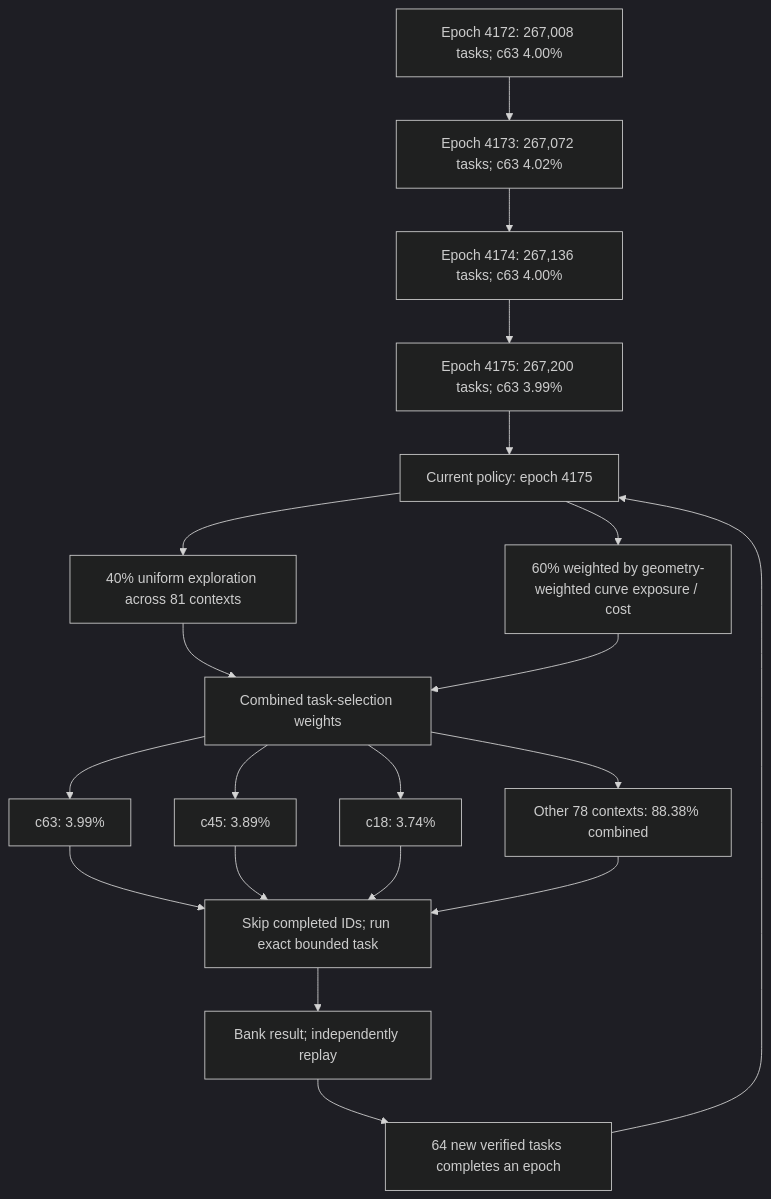
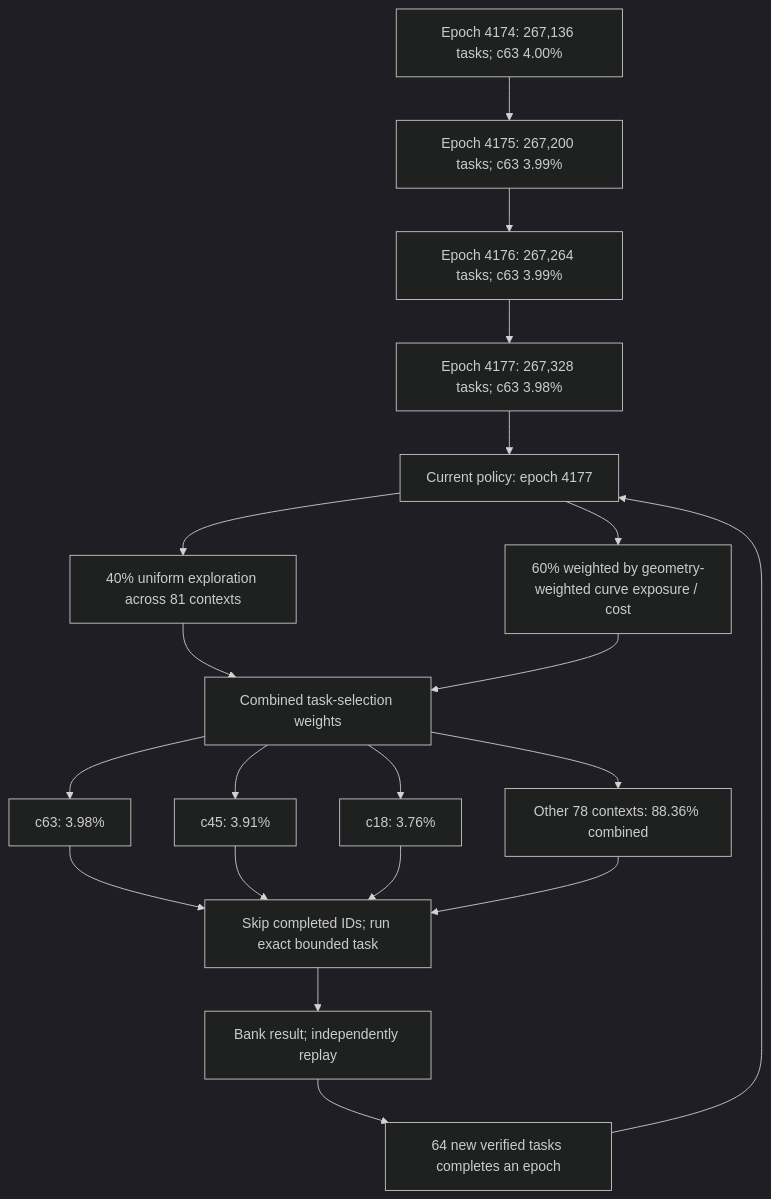
Before and after one commit to Kuberwastaken/math-gambling: the first of 3 diagrams in README.md, drawn with Mermaid (dark theme). The commit also changed other lines of this file and 434 other files, not shown here.

````diff
--- a/README.md
+++ b/README.md
@@ -60,27 +60,27 @@
 ```mermaid
 flowchart TD
-    H0["Epoch 4172: 267,008 tasks; c63 4.00%"]
-    H1["Epoch 4173: 267,072 tasks; c63 4.02%"]
+    H0["Epoch 4174: 267,136 tasks; c63 4.00%"]
+    H1["Epoch 4175: 267,200 tasks; c63 3.99%"]
     H0 --> H1
-    H2["Epoch 4174: 267,136 tasks; c63 4.00%"]
+    H2["Epoch 4176: 267,264 tasks; c63 3.99%"]
     H1 --> H2
-    H3["Epoch 4175: 267,200 tasks; c63 3.99%"]
+    H3["Epoch 4177: 267,328 tasks; c63 3.98%"]
     H2 --> H3
-    Policy["Current policy: epoch 4175"]
+    Policy["Current policy: epoch 4177"]
     H3 --> Policy
     Policy --> Explore["40% uniform exploration across 81 contexts"]
     Policy --> Cost["60% weighted by geometry-weighted curve exposure / cost"]
     Explore --> Mix["Combined task-selection weights"]
     Cost --> Mix
-    Mix --> C0["c63: 3.99%"]
-    Mix --> C1["c45: 3.89%"]
-    Mix --> C2["c18: 3.74%"]
-    Mix --> Rest["Other 78 contexts: 88.38% combined"]
+    Mix --> C0["c63: 3.98%"]
+    Mix --> C1["c45: 3.91%"]
+    Mix --> C2["c18: 3.76%"]
+    Mix --> Rest["Other 78 contexts: 88.36% combined"]
     C0 --> Check["Skip completed IDs; run exact bounded task"]
     C1 --> Check
     C2 --> Check
     Rest --> Check
     Check --> Replay["Bank result; independently replay"]
     Replay --> Gate["64 new verified tasks completes an epoch"]
     Gate --> Policy
 ```
````
